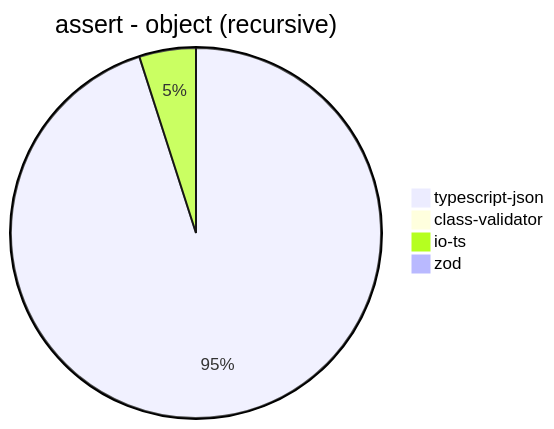
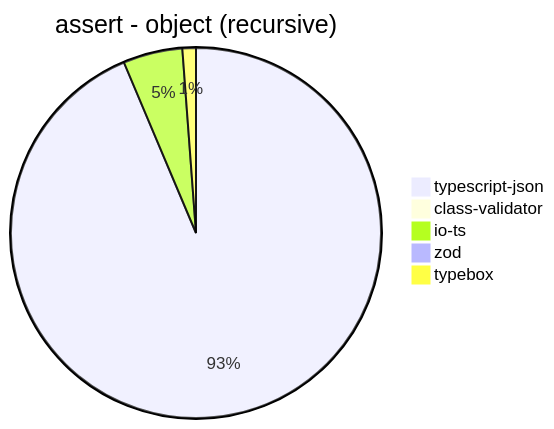
One commit to samchon/typia changed the tenth of 39 diagrams in benchmark/results/AMD Ryzen 7 5800H with Radeon Graphics.md. Above: the diagram before and after it, drawn with Mermaid. The commit also changed other lines of this file and 6 other files, not shown here.

````diff
--- a/benchmark/results/AMD Ryzen 7 5800H with Radeon Graphics.md
+++ b/benchmark/results/AMD Ryzen 7 5800H with Radeon Graphics.md
@@ -127,7 +136,8 @@
 ```mermaid
 pie title assert - object (recursive)
-  "typescript-json": 32424.466931694977
-  "class-validator": 39.605767475816755
-  "io-ts": 1688.0671117959253
-  "zod": 71.54993392486314
+  "typescript-json": 30708.485069191553
+  "class-validator": 38.29078801331854
+  "io-ts": 1700.1442481067436
+  "zod": 67.66355140186916
+  "typebox": 387.04409363092
 ```
````
